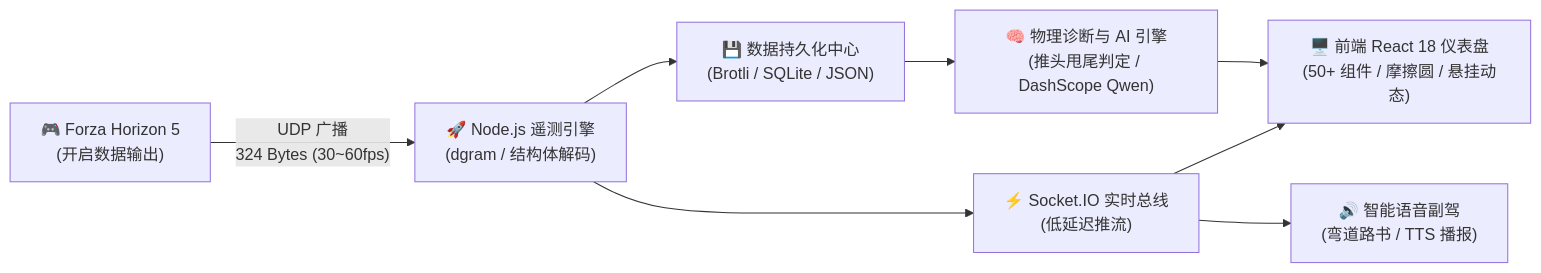
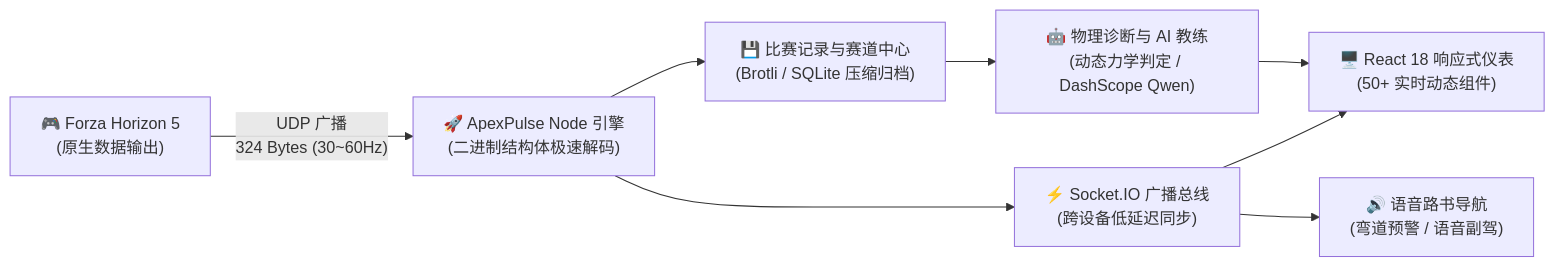
The diagram in README.md (dylanma8232-art/DM-FH5-Telemetry), drawn with Mermaid before and after one commit. The commit also changed other lines of this file and 3 other files, not shown here.

````diff
--- a/README.md
+++ b/README.md
@@ -38,13 +60,13 @@
 ```mermaid
 flowchart LR
-    A["🎮 Forza Horizon 5<br/>(开启数据输出)"] -->|"UDP 广播<br/>324 Bytes (30~60fps)"| B["🚀 Node.js 遥测引擎<br/>(dgram / 结构体解码)"]
+    A["🎮 Forza Horizon 5<br/>(原生数据输出)"] -->|"UDP 广播<br/>324 Bytes (30~60Hz)"| B["🚀 ApexPulse Node 引擎<br/>(二进制结构体极速解码)"]
     
-    B --> C["⚡ Socket.IO 实时总线<br/>(低延迟推流)"]
-    B --> D["💾 数据持久化中心<br/>(Brotli / SQLite / JSON)"]
+    B --> C["⚡ Socket.IO 广播总线<br/>(跨设备低延迟同步)"]
+    B --> D["💾 比赛记录与赛道中心<br/>(Brotli / SQLite 压缩归档)"]
     
-    C --> E["🖥️ 前端 React 18 仪表盘<br/>(50+ 组件 / 摩擦圆 / 悬挂动态)"]
-    C --> F["🔊 智能语音副驾<br/>(弯道路书 / TTS 播报)"]
+    C --> E["🖥️ React 18 响应式仪表<br/>(50+ 实时动态组件)"]
+    C --> F["🔊 语音路书导航<br/>(弯道预警 / 语音副驾)"]
     
-    D --> G["🧠 物理诊断与 AI 引擎<br/>(推头甩尾判定 / DashScope Qwen)"]
+    D --> G["🤖 物理诊断与 AI 教练<br/>(动态力学判定 / DashScope Qwen)"]
     G --> E
 ```
````
